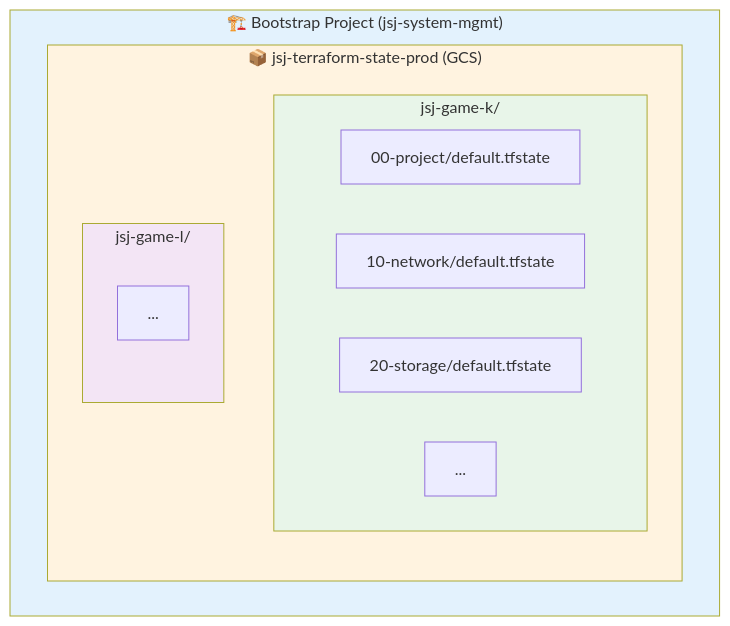
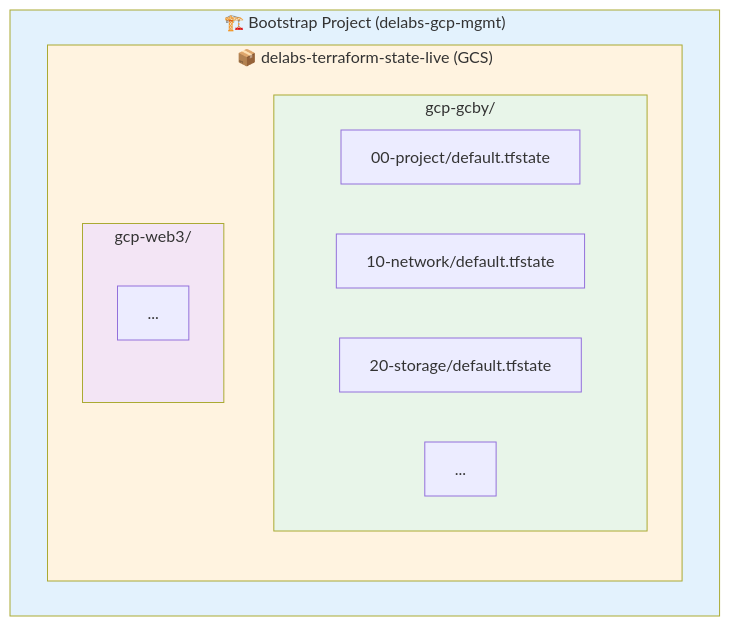
Before and after one commit to JSJ2337/GCP_terraform_code: the diagram in terraform_gcp_infra/docs/architecture/state-management.md, drawn with Mermaid. The commit also changed other lines of this file and 24 other files, not shown here.

````diff
--- a/terraform_gcp_infra/docs/architecture/state-management.md
+++ b/terraform_gcp_infra/docs/architecture/state-management.md
@@ -7,23 +7,23 @@
 ```mermaid
 %%{init: {'theme': 'default'}}%%
 flowchart TB
-    subgraph Bootstrap["🏗️ Bootstrap Project (jsj-system-mgmt)"]
-        subgraph GCS["📦 jsj-terraform-state-prod (GCS)"]
-            subgraph GAMEK["jsj-game-k/"]
+    subgraph Bootstrap["🏗️ Bootstrap Project (delabs-gcp-mgmt)"]
+        subgraph GCS["📦 delabs-terraform-state-live (GCS)"]
+            subgraph GCBY["gcp-gcby/"]
                 K00["00-project/default.tfstate"]
                 K10["10-network/default.tfstate"]
                 K20["20-storage/default.tfstate"]
                 K_ETC["..."]
             end
 
-            subgraph GAMEL["jsj-game-l/"]
+            subgraph WEB3["gcp-web3/"]
                 L_ETC["..."]
             end
         end
     end
 
     style Bootstrap fill:#e3f2fd
     style GCS fill:#fff3e0
-    style GAMEK fill:#e8f5e9
-    style GAMEL fill:#f3e5f5
+    style GCBY fill:#e8f5e9
+    style WEB3 fill:#f3e5f5
 ```
````
